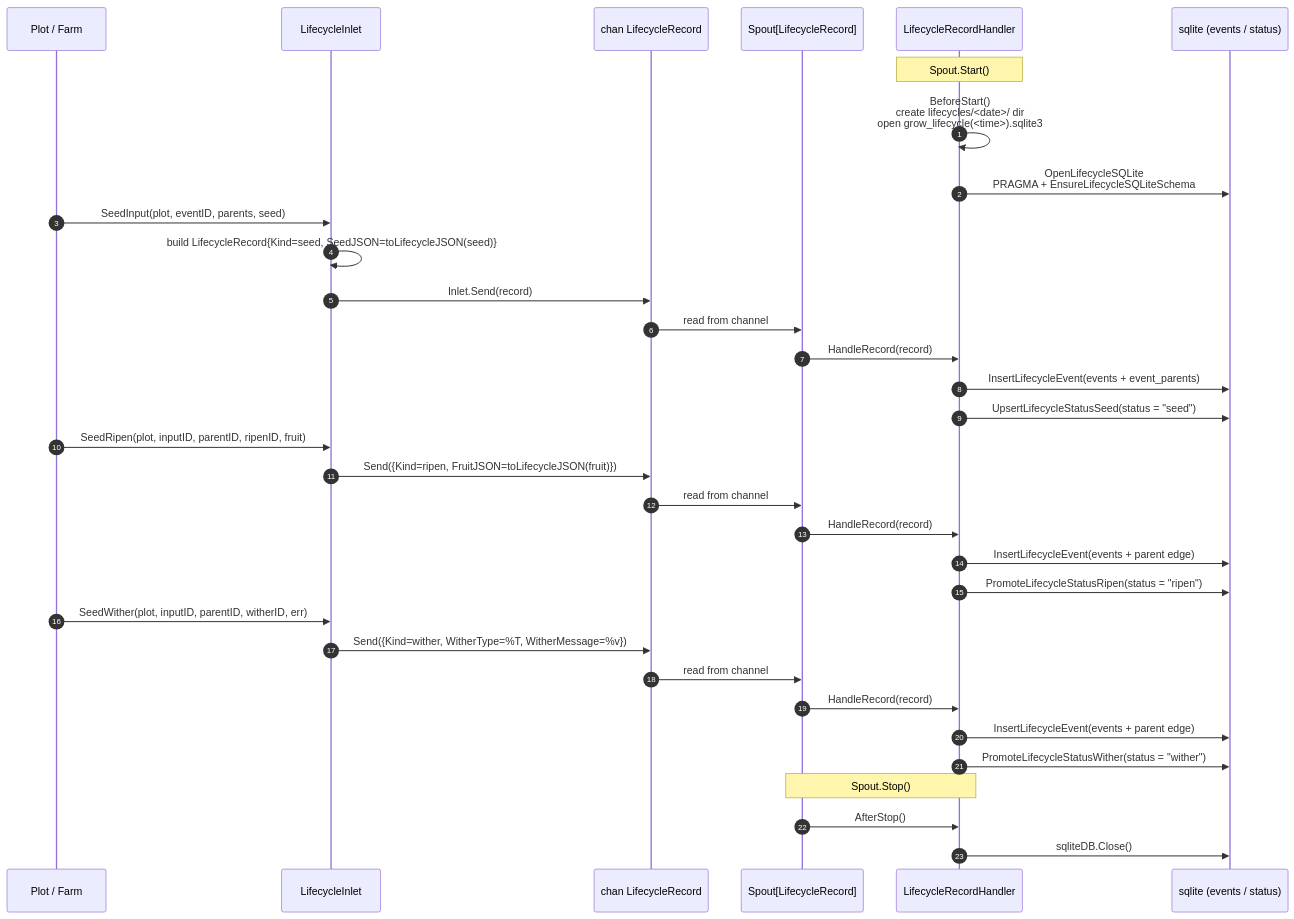
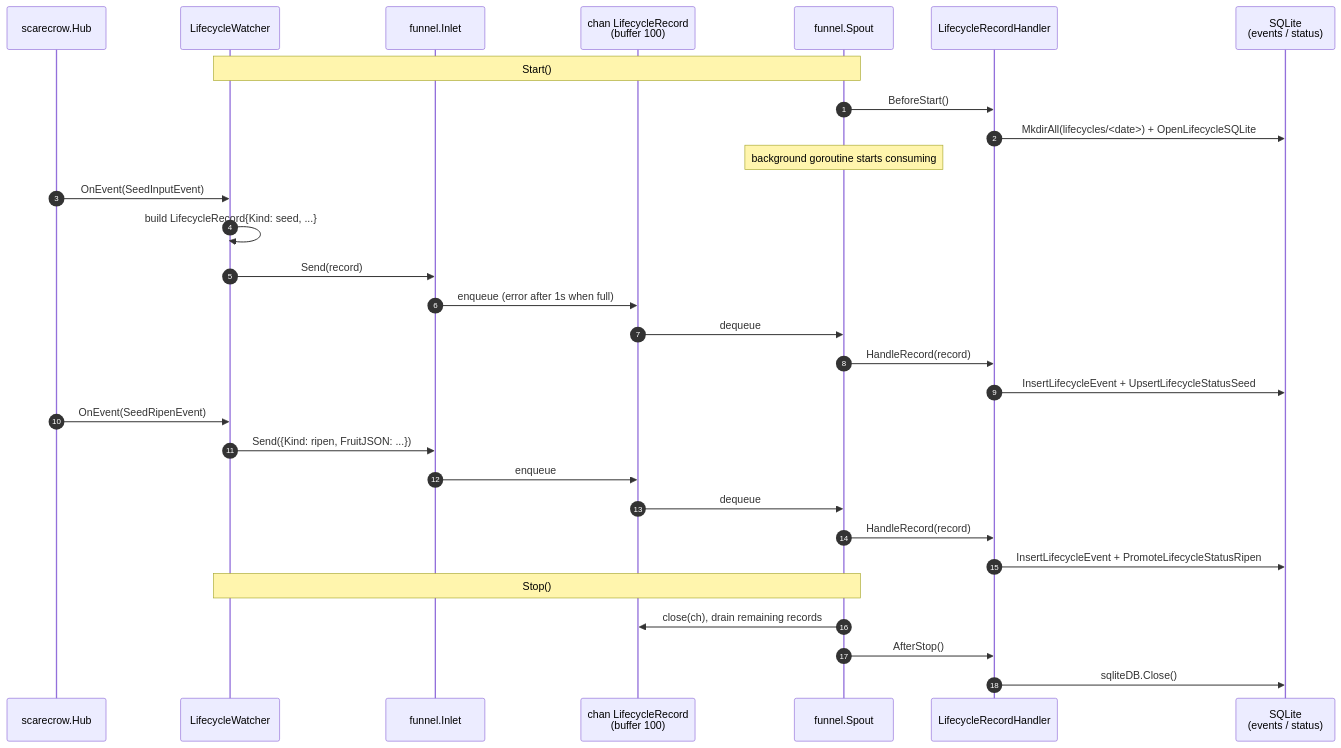
The diagram in docs/en/pkg/persist/lifecycle.md (Mr-xiaotian/CelestialGrow), drawn with Mermaid before and after one commit. The commit also changed other lines of this file and 103 other files, not shown here.

````diff
--- a/docs/en/pkg/persist/lifecycle.md
+++ b/docs/en/pkg/persist/lifecycle.md
@@ -98,40 +112,36 @@
 ```mermaid
 sequenceDiagram
     autonumber
-    participant Caller as Plot / Farm
-    participant Inlet as LifecycleInlet
-    participant Ch as chan LifecycleRecord
-    participant Spout as Spout[LifecycleRecord]
-    participant Handler as LifecycleRecordHandler
-    participant DB as sqlite (events / status)
+    participant Hub as scarecrow.Hub
+    participant W as LifecycleWatcher
+    participant In as funnel.Inlet
+    participant Q as chan LifecycleRecord<br/>(buffer 100)
+    participant Sp as funnel.Spout
+    participant H as LifecycleRecordHandler
+    participant DB as SQLite<br/>(events / status)
 
-    Note over Handler: Spout.Start()
-    Handler->>Handler: BeforeStart()<br/>create lifecycles/<date>/ dir<br/>open grow_lifecycle(<time>).sqlite3
-    Handler->>DB: OpenLifecycleSQLite<br/>PRAGMA + EnsureLifecycleSQLiteSchema
+    Note over W,Sp: Start()
+    Sp->>H: BeforeStart()
+    H->>DB: MkdirAll(lifecycles/<date>) + OpenLifecycleSQLite
+    Note over Sp: background goroutine starts consuming
 
-    Caller->>Inlet: SeedInput(plot, eventID, parents, seed)
-    Inlet->>Inlet: build LifecycleRecord{Kind=seed, SeedJSON=toLifecycleJSON(seed)}
-    Inlet->>Ch: Inlet.Send(record)
-    Ch->>Spout: read from channel
-    Spout->>Handler: HandleRecord(record)
-    Handler->>DB: InsertLifecycleEvent(events + event_parents)
-    Handler->>DB: UpsertLifecycleStatusSeed(status = "seed")
+    Hub->>W: OnEvent(SeedInputEvent)
+    W->>W: build LifecycleRecord{Kind: seed, ...}
+    W->>In: Send(record)
+    In->>Q: enqueue (error after 1s when full)
+    Q->>Sp: dequeue
+    Sp->>H: HandleRecord(record)
+    H->>DB: InsertLifecycleEvent + UpsertLifecycleStatusSeed
 
-    Caller->>Inlet: SeedRipen(plot, inputID, parentID, ripenID, fruit)
-    Inlet->>Ch: Send({Kind=ripen, FruitJSON=toLifecycleJSON(fruit)})
-    Ch->>Spout: read from channel
-    Spout->>Handler: HandleRecord(record)
-    Handler->>DB: InsertLifecycleEvent(events + parent edge)
-    Handler->>DB: PromoteLifecycleStatusRipen(status = "ripen")
+    Hub->>W: OnEvent(SeedRipenEvent)
+    W->>In: Send({Kind: ripen, FruitJSON: ...})
+    In->>Q: enqueue
+    Q->>Sp: dequeue
+    Sp->>H: HandleRecord(record)
+    H->>DB: InsertLifecycleEvent + PromoteLifecycleStatusRipen
 
-    Caller->>Inlet: SeedWither(plot, inputID, parentID, witherID, err)
-    Inlet->>Ch: Send({Kind=wither, WitherType=%T, WitherMessage=%v})
-    Ch->>Spout: read from channel
-    Spout->>Handler: HandleRecord(record)
-    Handler->>DB: InsertLifecycleEvent(events + parent edge)
-    Handler->>DB: PromoteLifecycleStatusWither(status = "wither")
-
-    Note over Spout,Handler: Spout.Stop()
-    Spout->>Handler: AfterStop()
-    Handler->>DB: sqliteDB.Close()
+    Note over W,Sp: Stop()
+    Sp->>Q: close(ch), drain remaining records
+    Sp->>H: AfterStop()
+    H->>DB: sqliteDB.Close()
 ```
````
